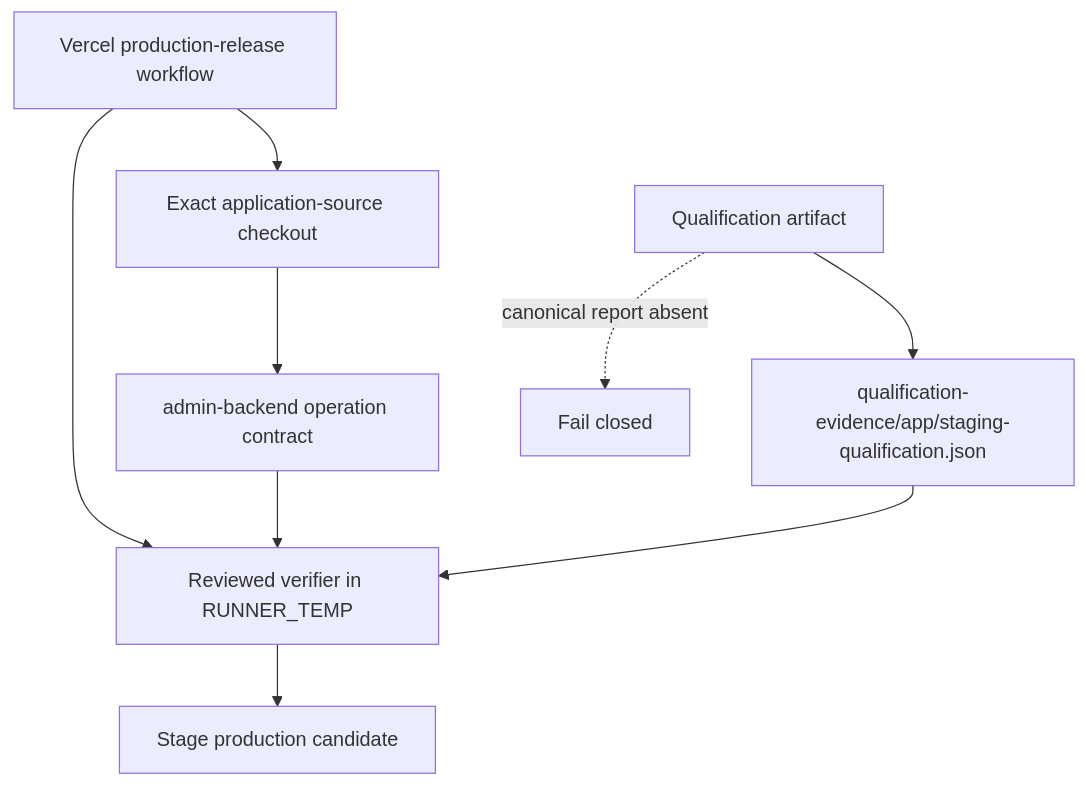
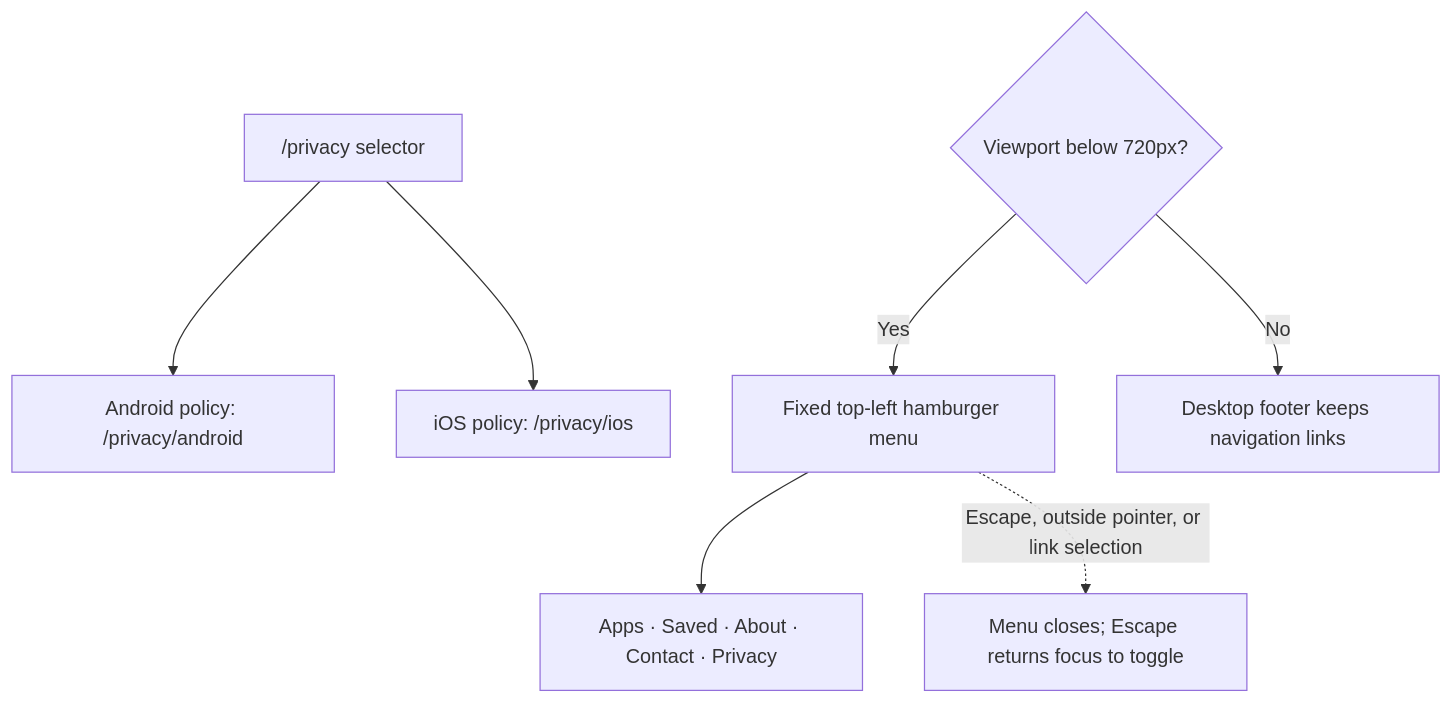
One commit to ramideltoro/nutsnews-docs changed the diagram in diagrams/updates/AUTOMATED_NUTSNEWS_MERGE_LOG.mmd. Above: the diagram before and after it, drawn with Mermaid. The commit also changed 5 other files, not shown here.

```diff
--- a/diagrams/updates/AUTOMATED_NUTSNEWS_MERGE_LOG.mmd
+++ b/diagrams/updates/AUTOMATED_NUTSNEWS_MERGE_LOG.mmd
@@ -1,13 +1,12 @@
 flowchart TD
-  accTitle: Reviewed staging-evidence verification flow
+  accTitle: Privacy selection and responsive navigation flow
   accDescr {
-    The Vercel production-release workflow exports the reviewed verifier to temporary storage, supplies the checked-out app contract path, and verifies the canonical qualified report before staging a production candidate.
+    Readers choose an Android or iOS privacy policy at the privacy selector. On narrow screens, a top-left menu provides the public navigation links; the desktop footer keeps those links.
   }
-  workflow["Vercel production-release workflow"] --> checkout["Exact application-source checkout"]
-  workflow --> helper["Reviewed verifier in RUNNER_TEMP"]
-  checkout --> contract["admin-backend operation contract"]
-  contract --> helper
-  artifact["Qualification artifact"] --> report["qualification-evidence/app/staging-qualification.json"]
-  report --> helper
-  helper --> staging["Stage production candidate"]
-  artifact -. "canonical report absent" .-> fail["Fail closed"]
+  privacy["/privacy selector"] --> android["Android policy: /privacy/android"]
+  privacy --> ios["iOS policy: /privacy/ios"]
+  viewport{"Viewport below 720px?"}
+  viewport -- Yes --> menu["Fixed top-left hamburger menu"]
+  menu --> links["Apps · Saved · About · Contact · Privacy"]
+  viewport -- No --> footer["Desktop footer keeps navigation links"]
+  menu -. Escape, outside pointer, or link selection .-> closed["Menu closes; Escape returns focus to toggle"]
```
